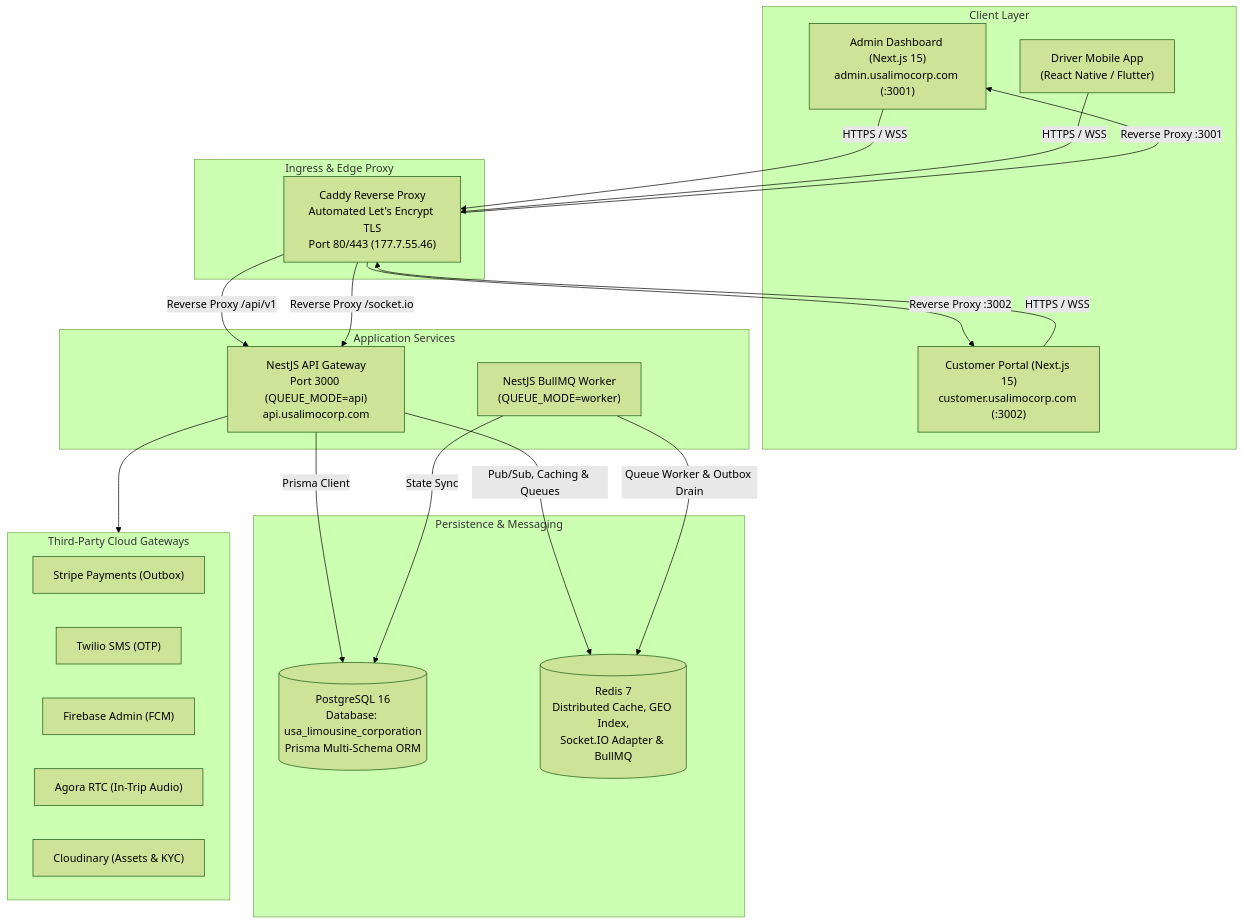
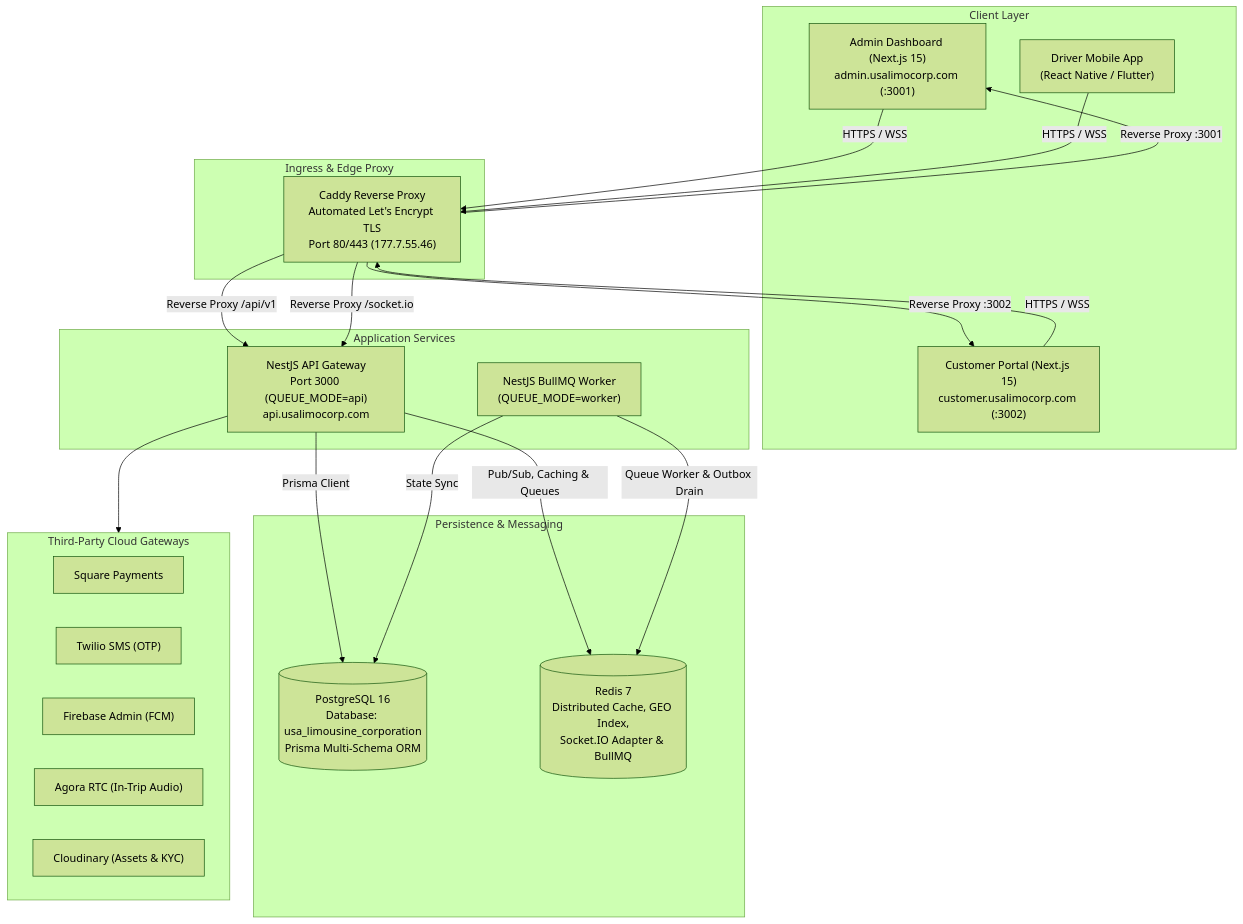
The diagram in README.md (bariq49/usa-limousine-corporation), drawn with Mermaid (forest theme) before and after one commit. The commit also changed other lines of this file and 111 other files, not shown here.

````diff
--- a/README.md
+++ b/README.md
@@ -51,46 +51,46 @@
 ```mermaid
 graph TD
     subgraph Clients["Client Layer"]
         AdminWeb["Admin Dashboard (Next.js 15)<br/>admin.usalimocorp.com (:3001)"]
         CustomerWeb["Customer Portal (Next.js 15)<br/>customer.usalimocorp.com (:3002)"]
         MobileDriver["Driver Mobile App<br/>(React Native / Flutter)"]
     end
 
     subgraph Ingress["Ingress & Edge Proxy"]
         Caddy["Caddy Reverse Proxy<br/>Automated Let's Encrypt TLS<br/>Port 80/443 (177.7.55.46)"]
     end
 
     subgraph CoreBackend["Application Services"]
         NestAPI["NestJS API Gateway<br/>Port 3000 (QUEUE_MODE=api)<br/>api.usalimocorp.com"]
         NestWorker["NestJS BullMQ Worker<br/>(QUEUE_MODE=worker)"]
     end
 
     subgraph DataStore["Persistence & Messaging"]
         Postgres[("PostgreSQL 16<br/>Database: usa_limousine_corporation<br/>Prisma Multi-Schema ORM")]
         Redis[("Redis 7<br/>Distributed Cache, GEO Index,<br/>Socket.IO Adapter & BullMQ")]
     end
 
     subgraph Gateways["Third-Party Cloud Gateways"]
-        Stripe["Stripe Payments (Outbox)"]
+        Square["Square Payments"]
         Twilio["Twilio SMS (OTP)"]
         Firebase["Firebase Admin (FCM)"]
         Agora["Agora RTC (In-Trip Audio)"]
         Cloudinary["Cloudinary (Assets & KYC)"]
     end
 
     AdminWeb -->|HTTPS / WSS| Caddy
     CustomerWeb -->|HTTPS / WSS| Caddy
     MobileDriver -->|HTTPS / WSS| Caddy
 
     Caddy -->|Reverse Proxy /api/v1| NestAPI
     Caddy -->|Reverse Proxy /socket.io| NestAPI
     Caddy -->|Reverse Proxy :3001| AdminWeb
     Caddy -->|Reverse Proxy :3002| CustomerWeb
 
     NestAPI -->|Prisma Client| Postgres
     NestAPI -->|Pub/Sub, Caching & Queues| Redis
     NestWorker -->|Queue Worker & Outbox Drain| Redis
     NestWorker -->|State Sync| Postgres
 
     NestAPI --> Gateways
 ```
````
